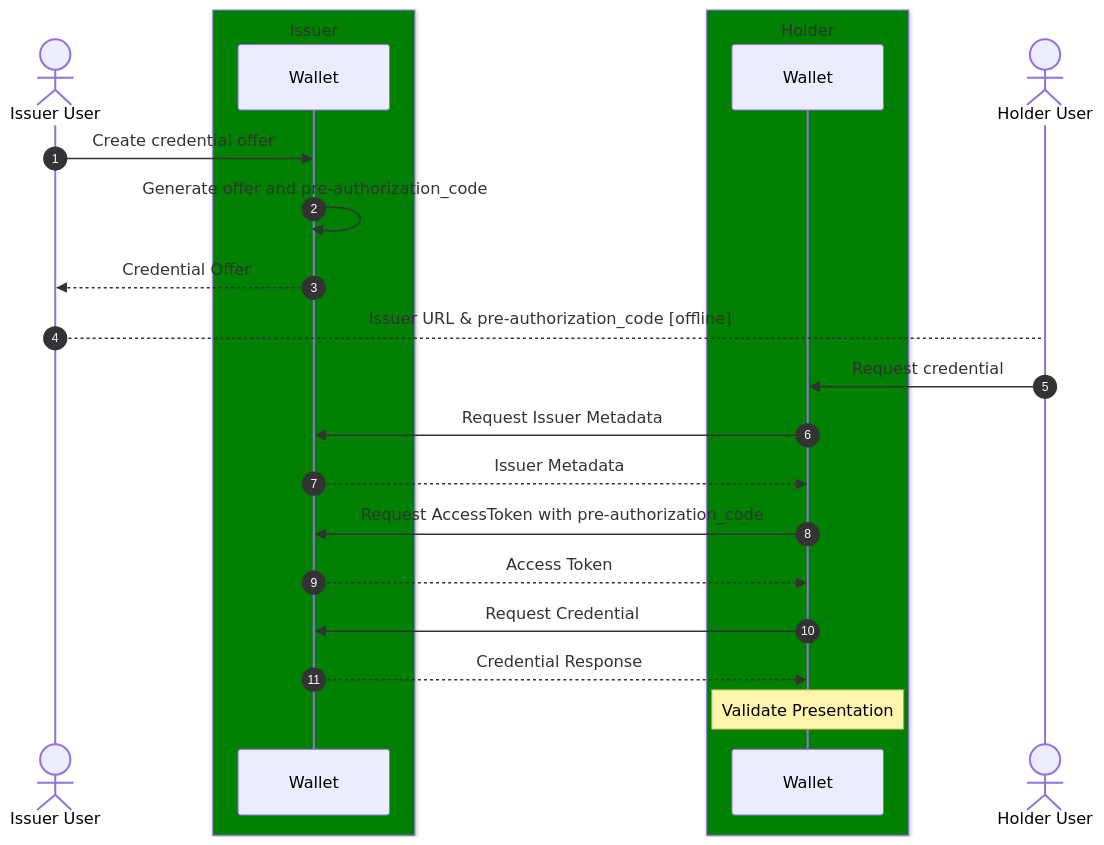
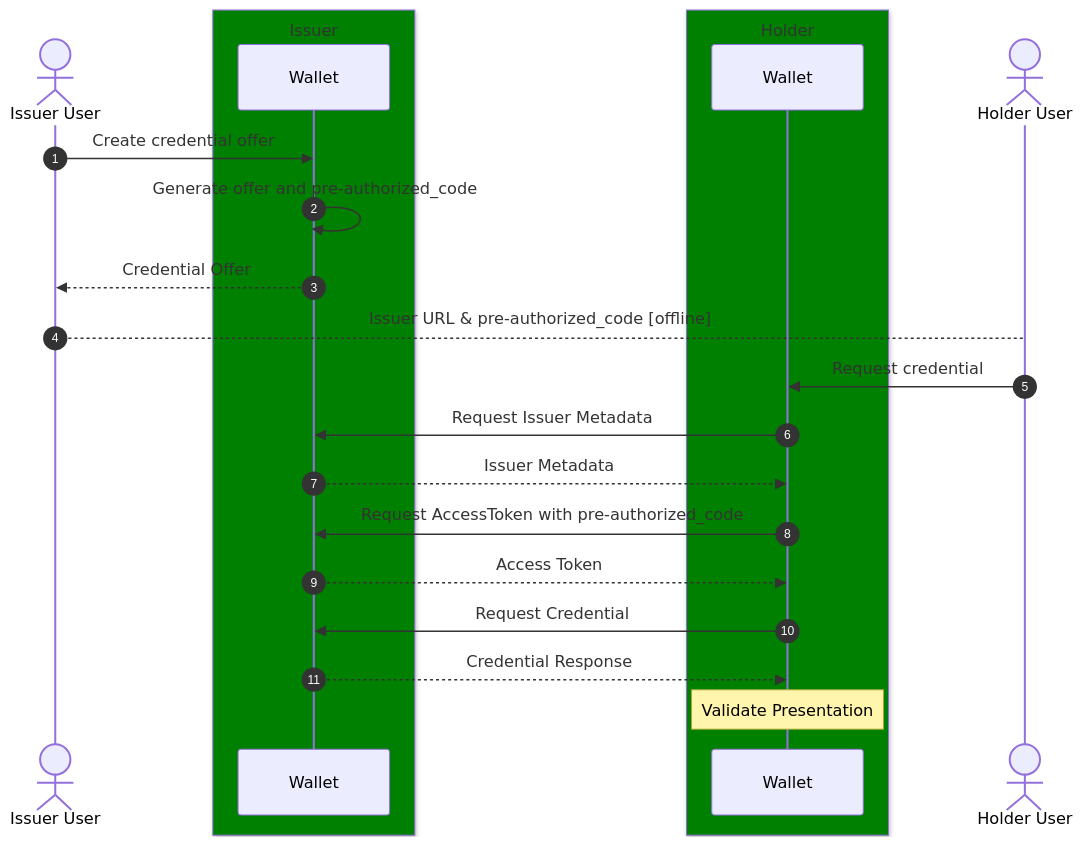
The fourth of 6 diagrams in website/docs/apps/wallet/architecture/process.md (ragunath1242001/tsg_semantic_observability-demo), drawn with Mermaid before and after one commit. The commit also changed 18 other files, not shown here.

Commit message:
fix: renamed all occurences of pre-authorization_code to pre-authorized_code !183

````diff
--- a/website/docs/apps/wallet/architecture/process.md
+++ b/website/docs/apps/wallet/architecture/process.md
@@ -108,29 +108,29 @@
 ```mermaid
 ---
 config:
   sequence:
     showSequenceNumbers: true
 ---
 sequenceDiagram
   actor ia as Issuer User
   box Green Issuer
     participant iw as Wallet
   end
   box Green Holder
     participant hw as Wallet
   end
   actor ha as Holder User
 
   ia ->> iw: Create credential offer
-  iw ->> iw: Generate offer and pre-authorization_code
+  iw ->> iw: Generate offer and pre-authorized_code
   iw -->> ia: Credential Offer
-  ia --> ha: Issuer URL & pre-authorization_code [offline]
+  ia --> ha: Issuer URL & pre-authorized_code [offline]
   ha ->> hw: Request credential
   hw ->> iw: Request Issuer Metadata
   iw -->> hw: Issuer Metadata
-  hw ->> iw: Request AccessToken with pre-authorization_code
+  hw ->> iw: Request AccessToken with pre-authorized_code
   iw -->> hw: Access Token
   hw ->> iw: Request Credential
   iw -->> hw: Credential Response
   note over hw: Validate Presentation
 ```
````
